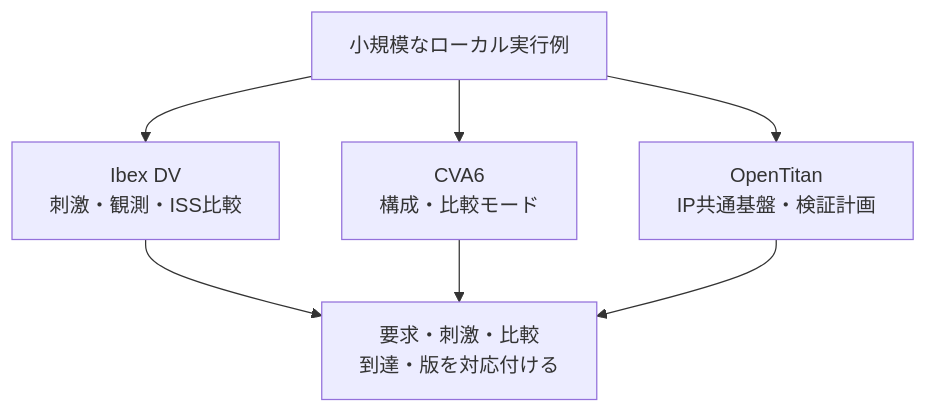
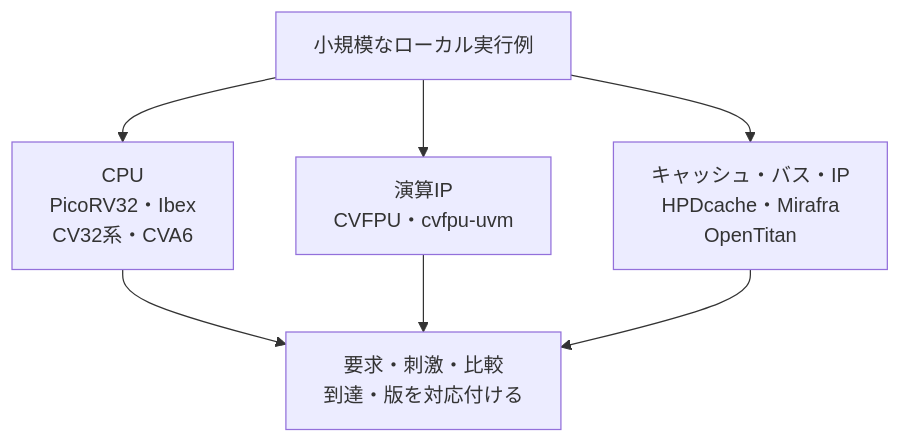
The diagram in docs/method/open-source-dv-environments.md (kurochan001/lsi-verification-method), drawn with Mermaid before and after one commit. The commit also changed other lines of this file and 15 other files, not shown here.

````diff
--- a/docs/method/open-source-dv-environments.md
+++ b/docs/method/open-source-dv-environments.md
@@ -13,11 +18,11 @@
 ```mermaid
 flowchart TD
   accTitle: 小規模教材から実プロジェクトのDVへ
-  accDescr: ローカルの実行例で基本の責務を確認し、CPUの命令比較とIPの共通検証基盤を別々に読み、実行条件と確認範囲を記録する。
-  L["小規模なローカル実行例"] --> I["Ibex DV<br/>刺激・観測・ISS比較"]
-  L --> C["CVA6<br/>構成・比較モード"]
-  L --> O["OpenTitan<br/>IP共通基盤・検証計画"]
-  I --> E["要求・刺激・比較<br/>到達・版を対応付ける"]
-  C --> E
-  O --> E
+  accDescr: 小規模教材からCPU、演算IP、キャッシュやバスとIPの環境へ進み、要求・比較・到達・版を対応付ける。各参照例の実行条件と確認範囲も記録する。
+  L["小規模なローカル実行例"] --> C["CPU<br/>PicoRV32・Ibex<br/>CV32系・CVA6"]
+  L --> F["演算IP<br/>CVFPU・cvfpu-uvm"]
+  L --> I["キャッシュ・バス・IP<br/>HPDcache・Mirafra<br/>OpenTitan"]
+  C --> E["要求・刺激・比較<br/>到達・版を対応付ける"]
+  F --> E
+  I --> E
 ```
````
